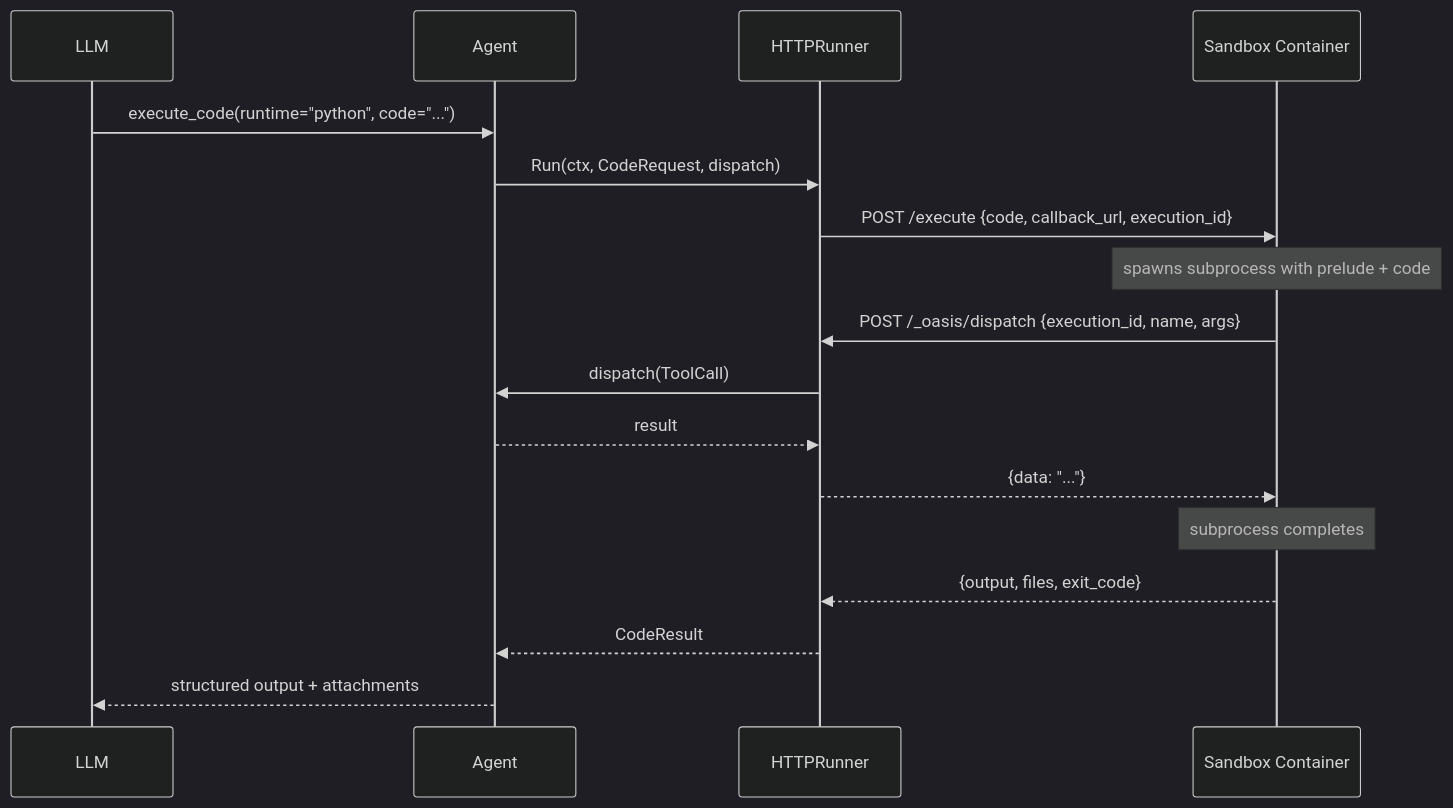
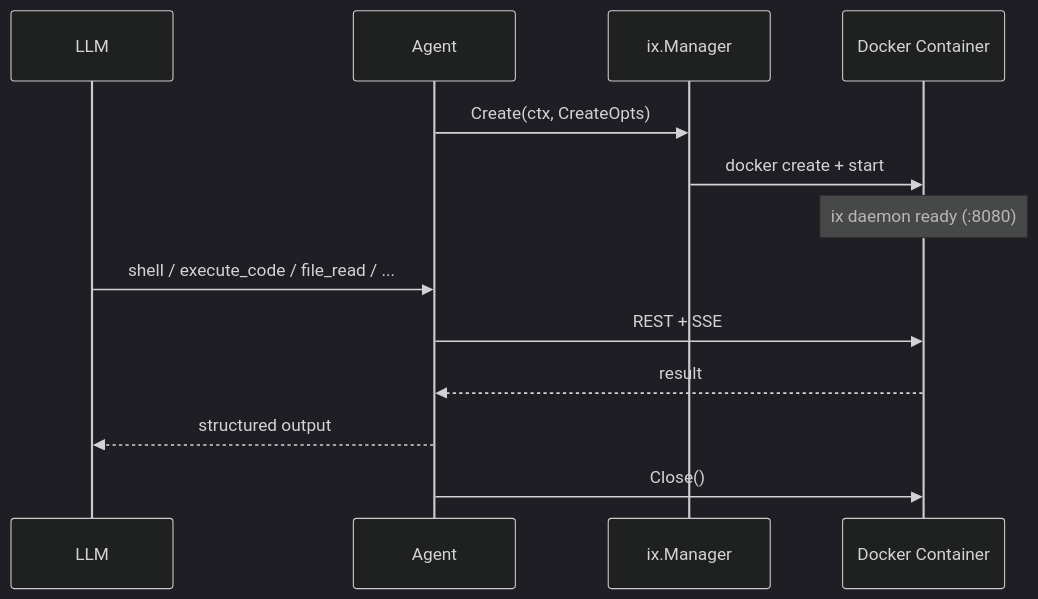
One commit to nevindra/oasis changed the first of 2 diagrams in docs/concepts/code-execution.md. Above: the diagram before and after it, drawn with Mermaid (dark theme). The commit also changed other lines of this file and 59 other files, not shown here.

First line of the commit message:
feat: replace OpenSandbox with ix sandbox daemon

````diff
--- a/docs/concepts/code-execution.md
+++ b/docs/concepts/code-execution.md
@@ -21,20 +49,18 @@
 ```mermaid
 sequenceDiagram
     participant LLM
     participant Agent
-    participant Runner as HTTPRunner
-    participant Sandbox as Sandbox Container
+    participant Manager as ix.Manager
+    participant Container as Docker Container
 
-    LLM->>Agent: execute_code(runtime="python", code="...")
-    Agent->>Runner: Run(ctx, CodeRequest, dispatch)
-    Runner->>Sandbox: POST /execute {code, callback_url, execution_id}
-    Note over Sandbox: spawns subprocess with prelude + code
-    Sandbox->>Runner: POST /_oasis/dispatch {execution_id, name, args}
-    Runner->>Agent: dispatch(ToolCall)
-    Agent-->>Runner: result
-    Runner-->>Sandbox: {data: "..."}
-    Note over Sandbox: subprocess completes
-    Sandbox-->>Runner: {output, files, exit_code}
-    Runner-->>Agent: CodeResult
-    Agent-->>LLM: structured output + attachments
+    Agent->>Manager: Create(ctx, CreateOpts)
+    Manager->>Container: docker create + start
+    Note over Container: ix daemon ready (:8080)
+
+    LLM->>Agent: shell / execute_code / file_read / ...
+    Agent->>Container: REST + SSE
+    Container-->>Agent: result
+    Agent-->>LLM: structured output
+
+    Agent->>Container: Close()
 ```
````
